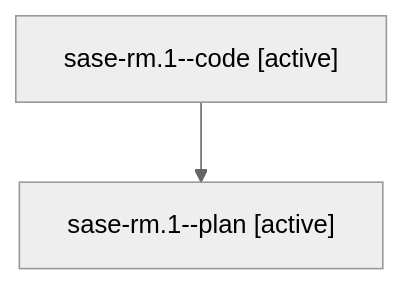
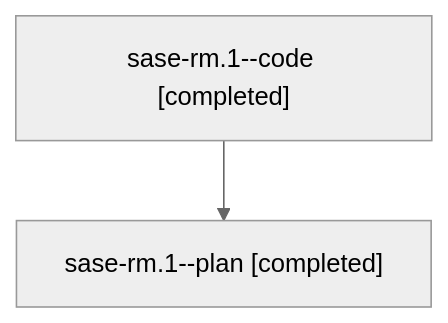
One commit to sase-org/sase--agents changed the diagram in families/bbugyi200.athena.sase-rm.1.md. Above: the diagram before and after it, drawn with Mermaid (neutral theme). The commit also changed other lines of this file and 47 other files, not shown here.

````diff
--- a/families/bbugyi200.athena.sase-rm.1.md
+++ b/families/bbugyi200.athena.sase-rm.1.md
@@ -9,6 +9,6 @@
 ```mermaid
 flowchart TD
-  n0["sase-rm.1--code [active]"]
-  n1["sase-rm.1--plan [active]"]
+  n0["sase-rm.1--code [completed]"]
+  n1["sase-rm.1--plan [completed]"]
   n0 --> n1
 ```
````
